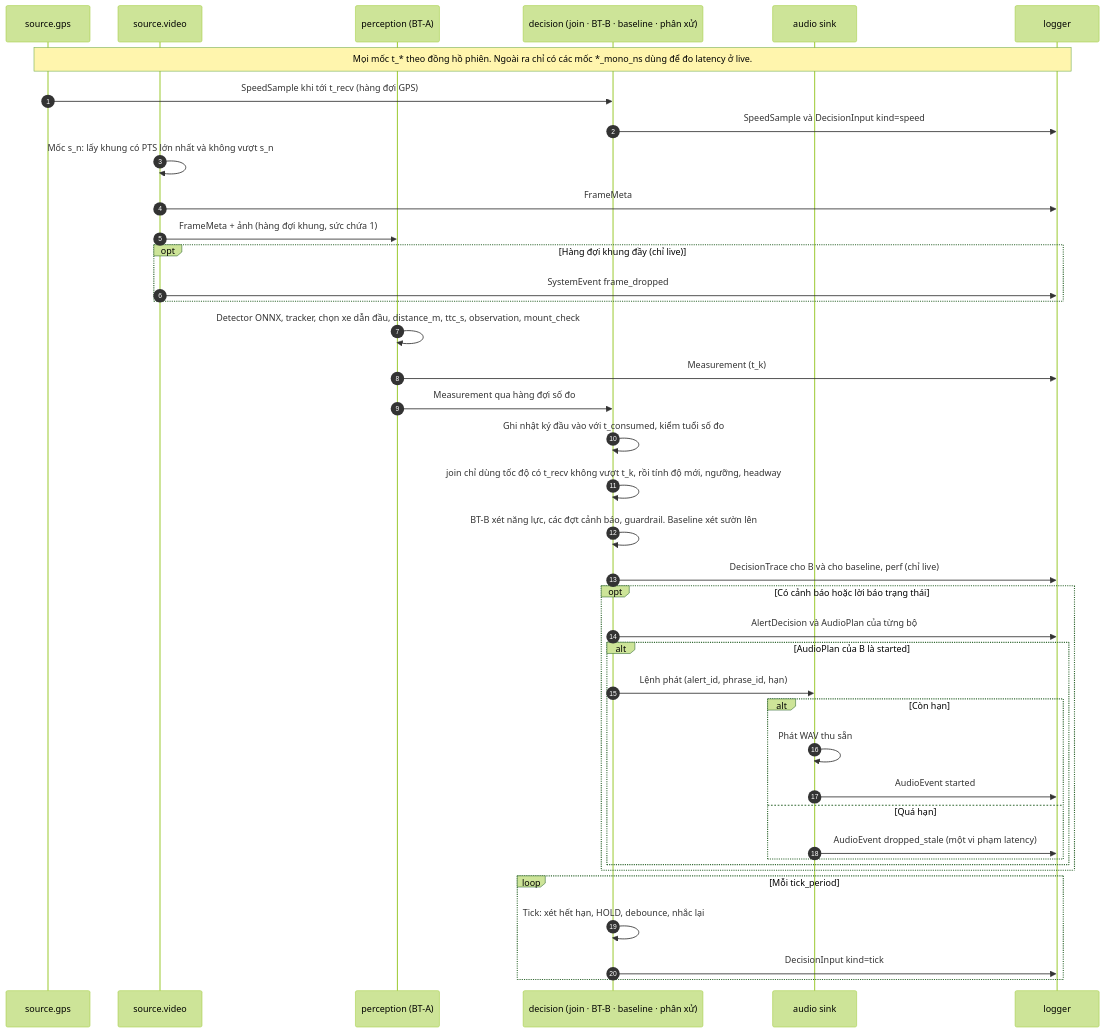
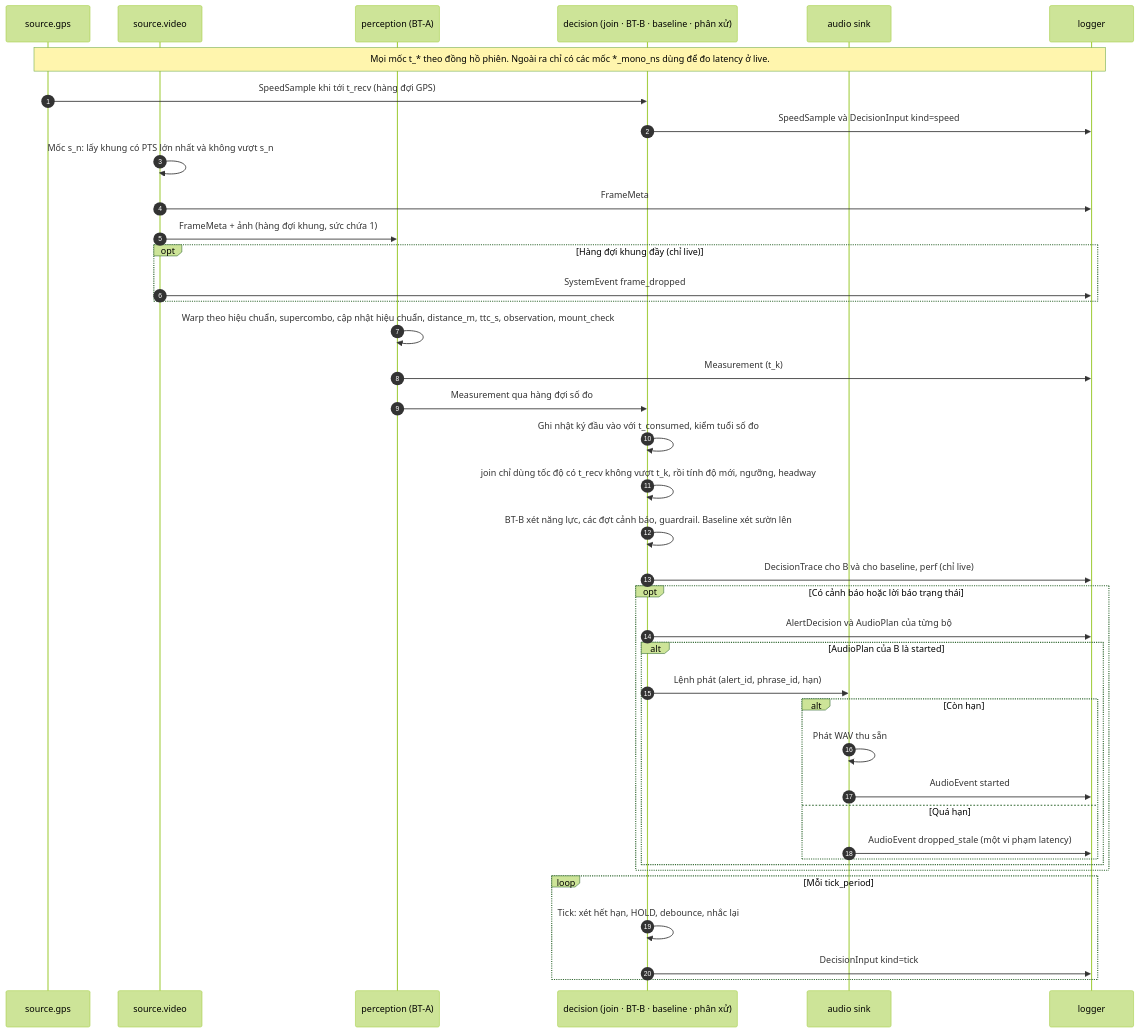
Before and after one commit to NguyenTuan-UET/roadwatch_copilot: the third of 5 diagrams in docs/architecture_diagram.md, drawn with Mermaid (forest theme). The commit also changed other lines of this file and 264 other files, not shown here.

````diff
--- a/docs/architecture_diagram.md
+++ b/docs/architecture_diagram.md
@@ -139,42 +139,42 @@
 ```mermaid
 sequenceDiagram
   autonumber
   participant SG as source.gps
   participant SV as source.video
   participant PA as perception (BT-A)
   participant DE as decision (join · BT-B · baseline · phân xử)
   participant SK as audio sink
   participant LG as logger
   Note over SG,LG: Mọi mốc t_* theo đồng hồ phiên. Ngoài ra chỉ có các mốc *_mono_ns dùng để đo latency ở live.
   SG->>DE: SpeedSample khi tới t_recv (hàng đợi GPS)
   DE->>LG: SpeedSample và DecisionInput kind=speed
   SV->>SV: Mốc s_n: lấy khung có PTS lớn nhất và không vượt s_n
   SV->>LG: FrameMeta
   SV->>PA: FrameMeta + ảnh (hàng đợi khung, sức chứa 1)
   opt Hàng đợi khung đầy (chỉ live)
     SV->>LG: SystemEvent frame_dropped
   end
-  PA->>PA: Detector ONNX, tracker, chọn xe dẫn đầu, distance_m, ttc_s, observation, mount_check
+  PA->>PA: Warp theo hiệu chuẩn, supercombo, cập nhật hiệu chuẩn, distance_m, ttc_s, observation, mount_check
   PA->>LG: Measurement (t_k)
   PA->>DE: Measurement qua hàng đợi số đo
   DE->>DE: Ghi nhật ký đầu vào với t_consumed, kiểm tuổi số đo
   DE->>DE: join chỉ dùng tốc độ có t_recv không vượt t_k, rồi tính độ mới, ngưỡng, headway
   DE->>DE: BT-B xét năng lực, các đợt cảnh báo, guardrail. Baseline xét sườn lên
   DE->>LG: DecisionTrace cho B và cho baseline, perf (chỉ live)
   opt Có cảnh báo hoặc lời báo trạng thái
     DE->>LG: AlertDecision và AudioPlan của từng bộ
     alt AudioPlan của B là started
       DE->>SK: Lệnh phát (alert_id, phrase_id, hạn)
       alt Còn hạn
         SK->>SK: Phát WAV thu sẵn
         SK->>LG: AudioEvent started
       else Quá hạn
         SK->>LG: AudioEvent dropped_stale (một vi phạm latency)
       end
     end
   end
   loop Mỗi tick_period
     DE->>DE: Tick: xét hết hạn, HOLD, debounce, nhắc lại
     DE->>LG: DecisionInput kind=tick
   end
 ```
````
